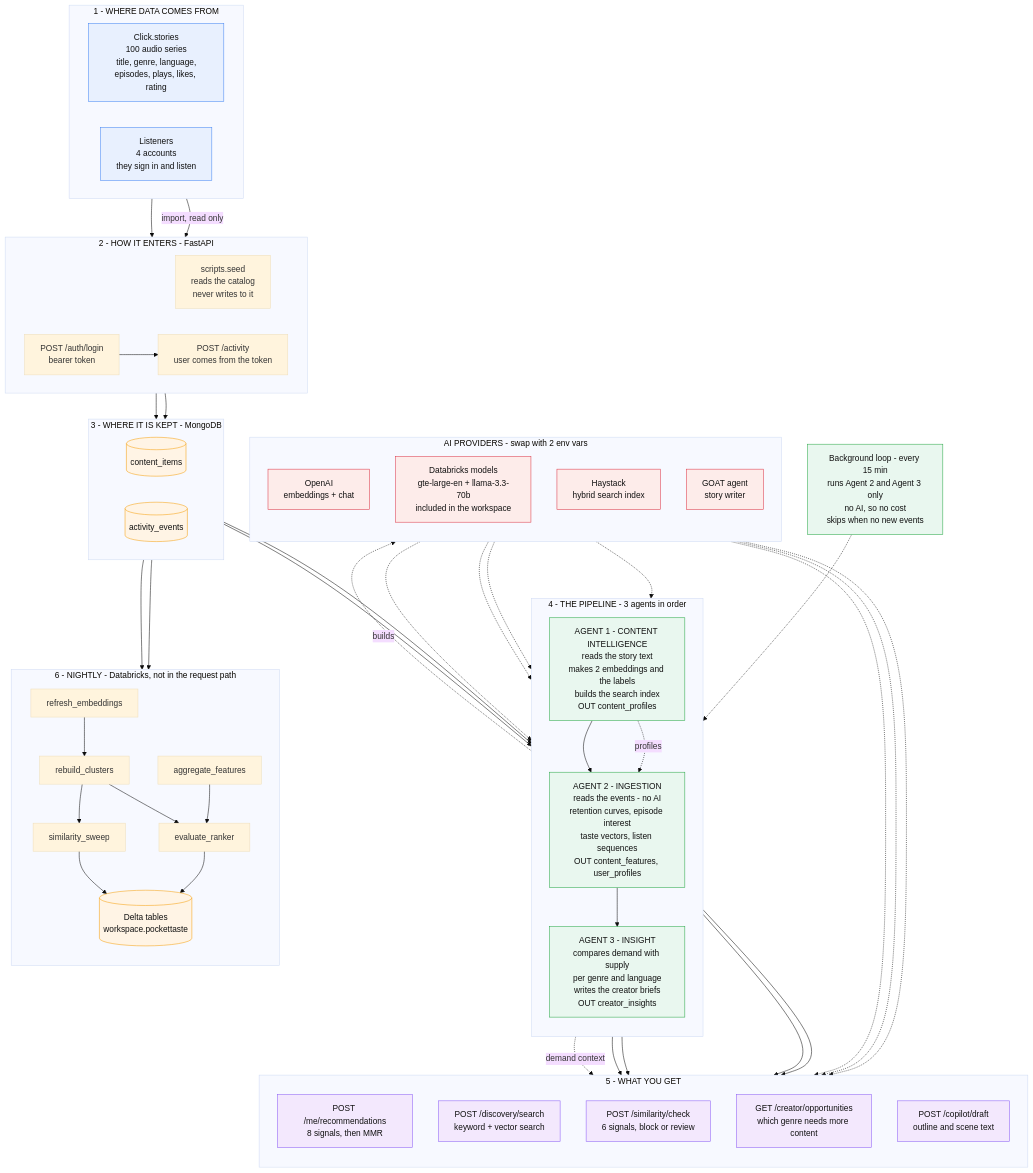
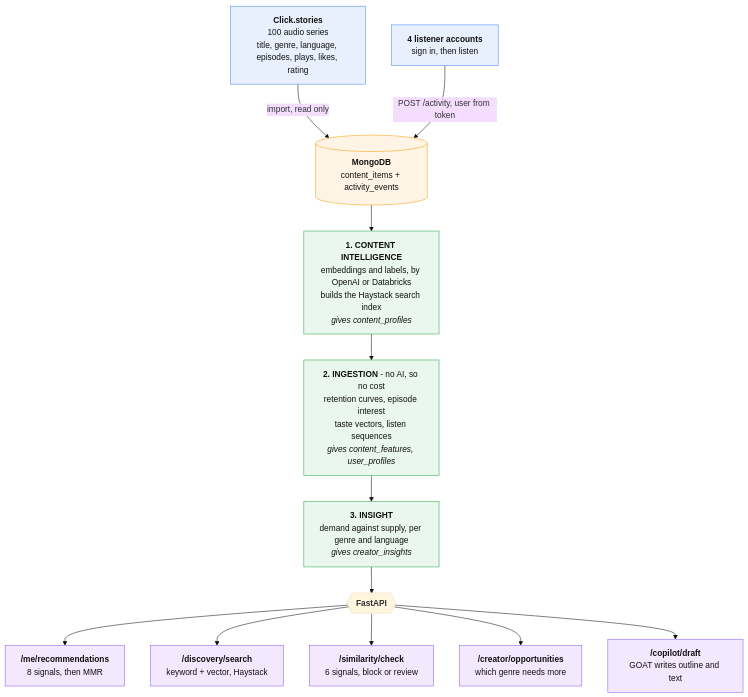
The first of 3 diagrams in README.md (OctoTechHub/PocketTaste), drawn with Mermaid (base theme) before and after one commit. The commit also changed other lines of this file, not shown here.

Commit message:
feat: Revise README for clarity and structure; enhance flowcharts and sections

````diff
--- a/README.md
+++ b/README.md
@@ -19,97 +19,33 @@
 ```mermaid
 flowchart TB
+    CAT["<b>Click.stories</b><br/>100 audio series<br/>title, genre, language, episodes, plays, likes, rating"]
+    LIS["<b>4 listener accounts</b><br/>sign in, then listen"]
+    DB[("<b>MongoDB</b><br/>content_items + activity_events")]
 
-    subgraph S1["1 - WHERE DATA COMES FROM"]
-        direction LR
-        CAT["Click.stories<br/>100 audio series<br/>title, genre, language,<br/>episodes, plays, likes, rating"]
-        LIS["Listeners<br/>4 accounts<br/>they sign in and listen"]
-    end
+    CAT -- "import, read only" --> DB
+    LIS -- "POST /activity, user from token" --> DB
 
-    subgraph S2["2 - HOW IT ENTERS - FastAPI"]
-        direction LR
-        IMP["scripts.seed<br/>reads the catalog<br/>never writes to it"]
-        AUTH["POST /auth/login<br/>bearer token"]
-        EV["POST /activity<br/>user comes from the token"]
-    end
+    DB --> A1
 
-    subgraph S3["3 - WHERE IT IS KEPT - MongoDB"]
-        direction LR
-        CI[("content_items")]
-        AE[("activity_events")]
-    end
+    A1["<b>1. CONTENT INTELLIGENCE</b><br/>embeddings and labels, by OpenAI or Databricks<br/>builds the Haystack search index<br/><i>gives content_profiles</i>"]
+    A2["<b>2. INGESTION</b> - no AI, so no cost<br/>retention curves, episode interest<br/>taste vectors, listen sequences<br/><i>gives content_features, user_profiles</i>"]
+    A3["<b>3. INSIGHT</b><br/>demand against supply, per genre and language<br/><i>gives creator_insights</i>"]
 
-    subgraph S4["4 - THE PIPELINE - 3 agents in order"]
-        direction TB
-        A1["AGENT 1 - CONTENT INTELLIGENCE<br/>reads the story text<br/>makes 2 embeddings and the labels<br/>builds the search index<br/>OUT content_profiles"]
-        A2["AGENT 2 - INGESTION<br/>reads the events - no AI<br/>retention curves, episode interest<br/>taste vectors, listen sequences<br/>OUT content_features, user_profiles"]
-        A3["AGENT 3 - INSIGHT<br/>compares demand with supply<br/>per genre and language<br/>writes the creator briefs<br/>OUT creator_insights"]
-        A1 --> A2 --> A3
-    end
+    A1 --> A2 --> A3 --> API
 
-    subgraph S5["5 - WHAT YOU GET"]
-        direction TB
-        R1["POST /me/recommendations<br/>8 signals, then MMR"]
-        R2["POST /discovery/search<br/>keyword + vector search"]
-        R3["POST /similarity/check<br/>6 signals, block or review"]
-        R4["GET /creator/opportunities<br/>which genre needs more content"]
-        R5["POST /copilot/draft<br/>outline and scene text"]
-    end
-
-    subgraph AI["AI PROVIDERS - swap with 2 env vars"]
-        direction TB
-        OAI["OpenAI<br/>embeddings + chat"]
-        DBX["Databricks models<br/>gte-large-en + llama-3.3-70b<br/>included in the workspace"]
-        HAY["Haystack<br/>hybrid search index"]
-        GOAT["GOAT agent<br/>story writer"]
-    end
-
-    subgraph NIGHT["6 - NIGHTLY - Databricks, not in the request path"]
-        direction TB
-        J1["refresh_embeddings"] --> J2["rebuild_clusters"] --> J3["similarity_sweep"]
-        J4["aggregate_features"] --> J5["evaluate_ranker"]
-        J2 --> J5
-        DELTA[("Delta tables<br/>workspace.pockettaste")]
-        J3 --> DELTA
-        J5 --> DELTA
-    end
-
-    CAT -->|"import, read only"| IMP --> CI
-    LIS --> AUTH --> EV --> AE
-
-    CI --> A1
-    AE --> A2
-    A1 -.->|"profiles"| A2
-
-    OAI -.-> A1
-    DBX -.-> A1
-    OAI -.-> A3
-    DBX -.-> A3
-    A1 -.->|"builds"| HAY
-
-    A1 --> R1
-    A2 --> R1
-    A3 --> R4
-    HAY -.-> R2
-    HAY -.-> R3
-    A1 --> R3
-    GOAT -.-> R5
-    A3 -.->|"demand context"| R5
-
-    LOOP["Background loop - every 15 min<br/>runs Agent 2 and Agent 3 only<br/>no AI, so no cost<br/>skips when no new events"]
-    LOOP -.-> A2
-
-    CI --> NIGHT
-    AE --> NIGHT
+    API{{"<b>FastAPI</b>"}}
+    API --> R1["<b>/me/recommendations</b><br/>8 signals, then MMR"]
+    API --> R2["<b>/discovery/search</b><br/>keyword + vector, Haystack"]
+    API --> R3["<b>/similarity/check</b><br/>6 signals, block or review"]
+    API --> R4["<b>/creator/opportunities</b><br/>which genre needs more"]
+    API --> R5["<b>/copilot/draft</b><br/>GOAT writes outline and text"]
 
     classDef src fill:#e8f0fe,stroke:#4285f4,color:#111
     classDef store fill:#fff4e5,stroke:#f59e0b,color:#111
     classDef agent fill:#e9f7ef,stroke:#28a745,color:#111
     classDef out fill:#f3e8fd,stroke:#8b5cf6,color:#111
-    classDef ext fill:#fdecea,stroke:#dc3545,color:#111
-
     class CAT,LIS src
-    class CI,AE,DELTA store
-    class A1,A2,A3,LOOP agent
+    class DB store
+    class A1,A2,A3 agent
     class R1,R2,R3,R4,R5 out
-    class OAI,DBX,HAY,GOAT ext
 ```
````
